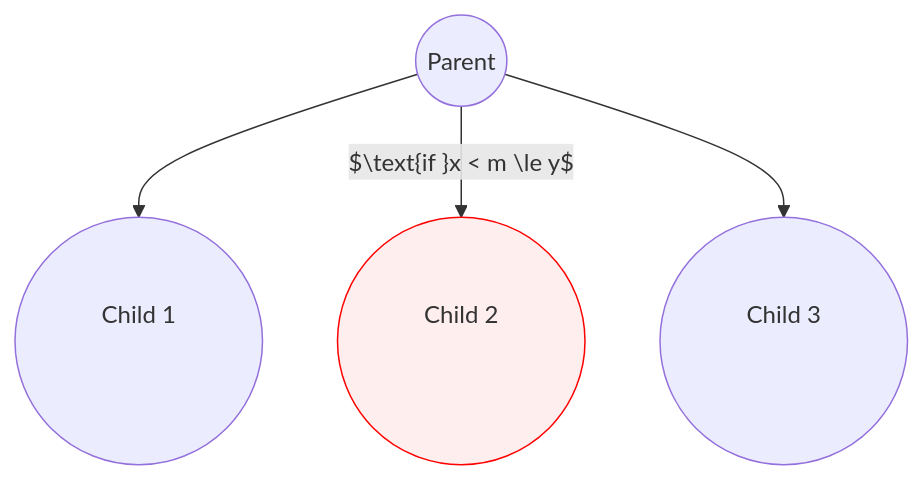
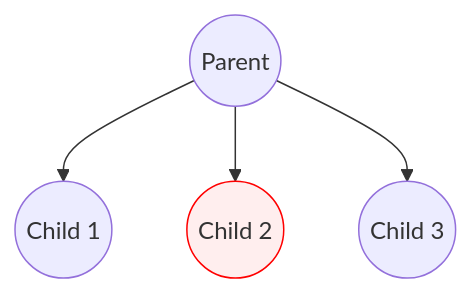
One commit to CHOYUNSIG/algorithm_with_boj changed the fourth of 5 diagrams in _posts/2024-01-18-euler_tour_technique.md. Above: the diagram before and after it, drawn with Mermaid. The commit also changed other lines of this file and 3 other files, not shown here.

```diff
--- a/_posts/2024-01-18-euler_tour_technique.md
+++ b/_posts/2024-01-18-euler_tour_technique.md
@@ -122,16 +122,16 @@
 <pre class="mermaid">
     graph TD
         A --> B
-        A -- <span class="mathjax mj0">$\text{if }x < m \le y$</span> --> C
+        A -- <span class="mathjax mj0"></span> --> C
         A --> D
 
     A((Parent))
     B(("Child 1
-    <span class="mathjax mj1" style="display: inline-block; width: 150px; height: 30px"></span>"))
+    <span class="mathjax mj1"></span>"))
     C(("Child 2
-    <span class="mathjax mj2" style="display: inline-block; width: 150px; height: 30px"></span>")):::red
+    <span class="mathjax mj2"></span>")):::red
     D(("Child 3
-    <span class="mathjax mj3" style="display: inline-block; width: 150px; height: 30px"></span>"))
+    <span class="mathjax mj3"></span>"))
 
     classDef red stroke:#F00, fill:#FEE
 </pre>
```
